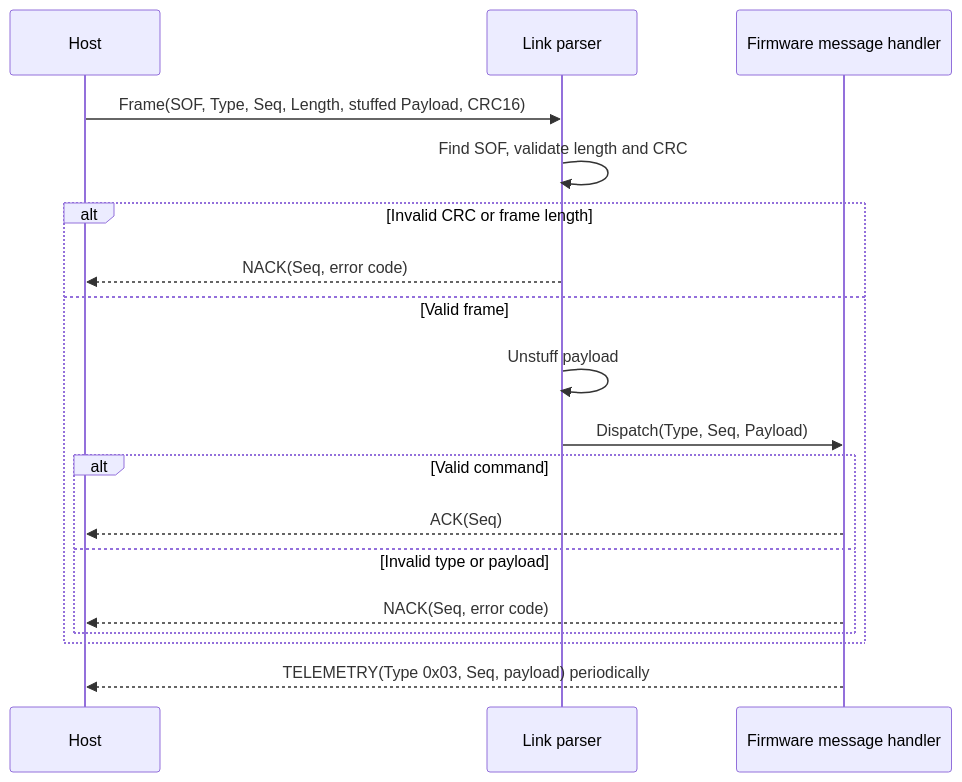
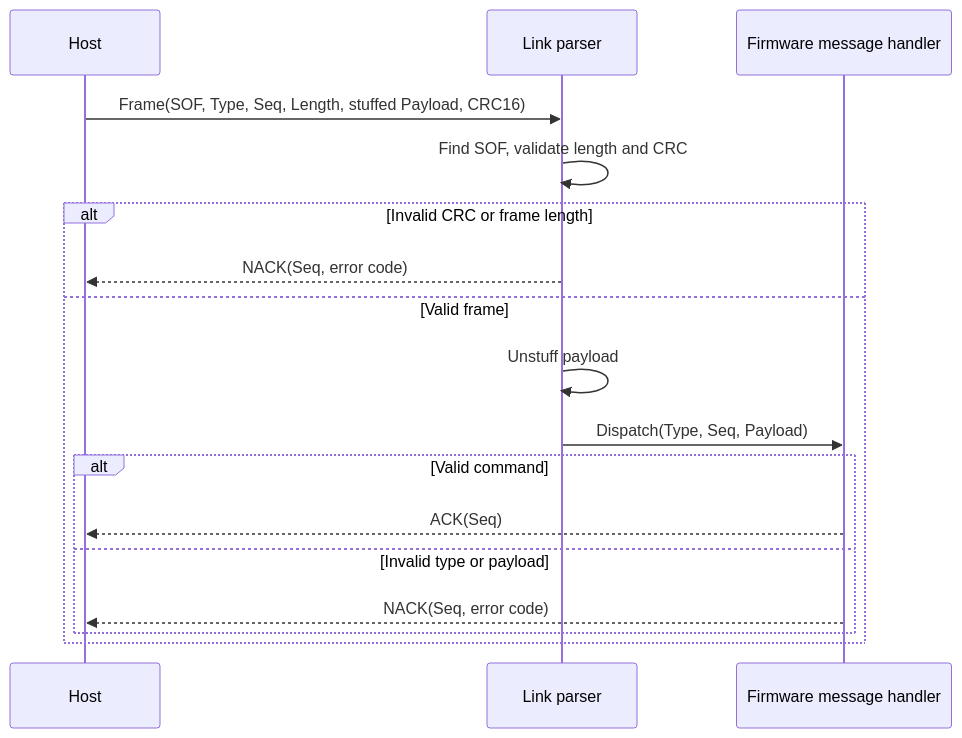
The first of 2 diagrams in protocol.md (murinproject/murin-firmware), drawn with Mermaid before and after one commit. The commit also changed other lines of this file and 24 other files, not shown here.

````diff
--- a/protocol.md
+++ b/protocol.md
@@ -156,21 +157,20 @@
 ```mermaid
 sequenceDiagram
     participant H as Host
     participant L as Link parser
     participant F as Firmware message handler
 
     H->>L: Frame(SOF, Type, Seq, Length, stuffed Payload, CRC16)
     L->>L: Find SOF, validate length and CRC
     alt Invalid CRC or frame length
         L-->>H: NACK(Seq, error code)
     else Valid frame
         L->>L: Unstuff payload
         L->>F: Dispatch(Type, Seq, Payload)
         alt Valid command
             F-->>H: ACK(Seq)
         else Invalid type or payload
             F-->>H: NACK(Seq, error code)
         end
     end
-    F-->>H: TELEMETRY(Type 0x03, Seq, payload) periodically
 ```
````
